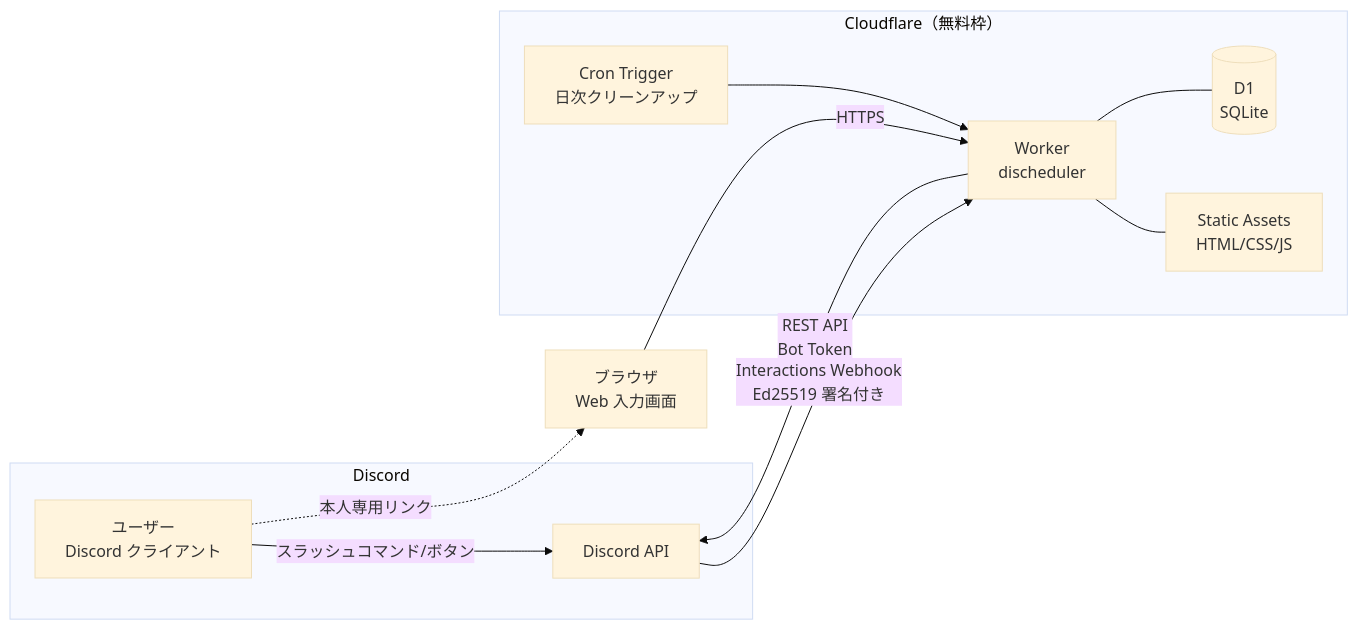
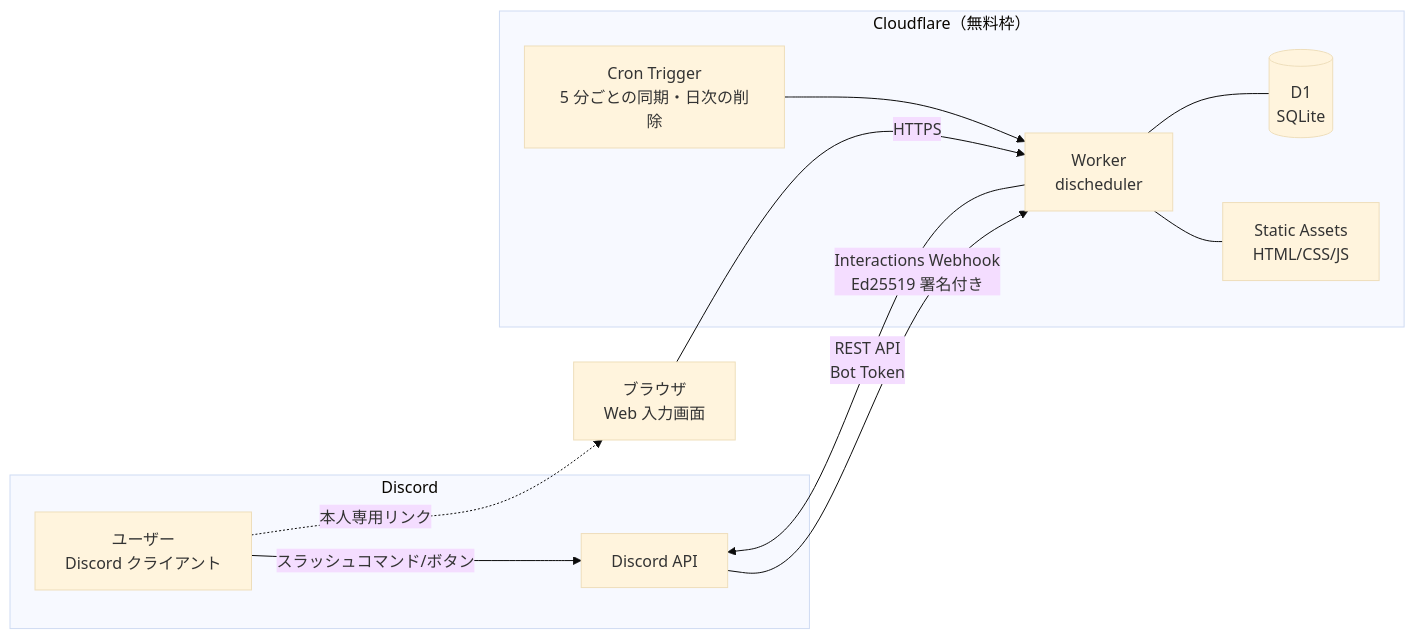
One commit to etlit-r/DIscheduler changed the first of 5 diagrams in docs/design.md. Above: the diagram before and after it, drawn with Mermaid (base theme). The commit also changed other lines of this file, not shown here.

````diff
--- a/docs/design.md
+++ b/docs/design.md
@@ -59,25 +60,25 @@
 ```mermaid
 flowchart LR
   subgraph Discord
     U[ユーザー<br/>Discord クライアント]
     DAPI[Discord API]
   end
 
   subgraph Cloudflare["Cloudflare（無料枠）"]
     W[Worker<br/>discheduler]
     SA[Static Assets<br/>HTML/CSS/JS]
     D1[(D1<br/>SQLite)]
-    CRON[Cron Trigger<br/>日次クリーンアップ]
+    CRON[Cron Trigger<br/>5 分ごとの同期・日次の削除]
   end
 
   B[ブラウザ<br/>Web 入力画面]
 
   U -- スラッシュコマンド/ボタン --> DAPI
   DAPI -- Interactions Webhook<br/>Ed25519 署名付き --> W
   W -- REST API<br/>Bot Token --> DAPI
   U -. 本人専用リンク .-> B
   B -- HTTPS --> W
   W --- SA
   W --- D1
   CRON --> W
 ```
````
